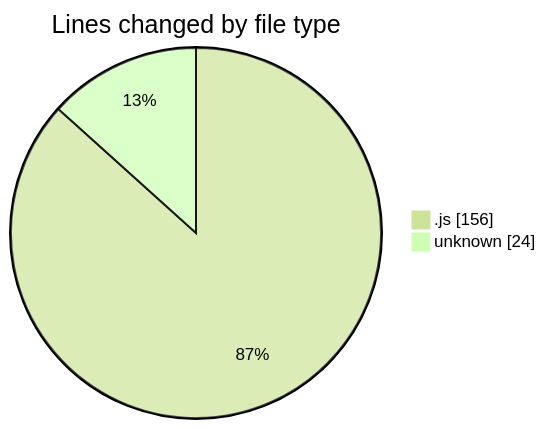
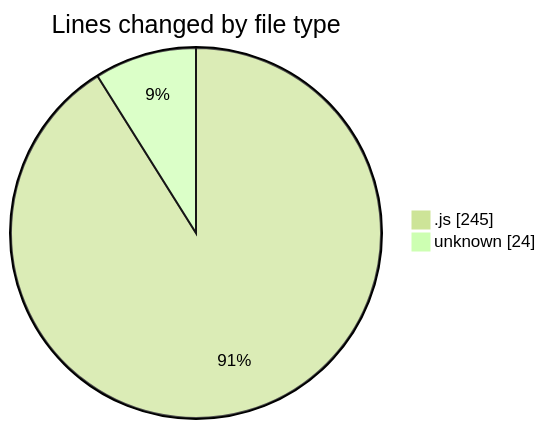
The first of 2 diagrams in 2025-02-05/cda/README.md (momahboobian/code-tracking), drawn with Mermaid (forest theme) before and after one commit. The commit also changed other lines of this file and 1 other file, not shown here.

````diff
--- a/2025-02-05/cda/README.md
+++ b/2025-02-05/cda/README.md
@@ -25,6 +26,6 @@
 ```mermaid
 pie showData
 title Lines changed by file type
-".js" : 156
+".js" : 245
 "unknown" : 24
 ```
````
